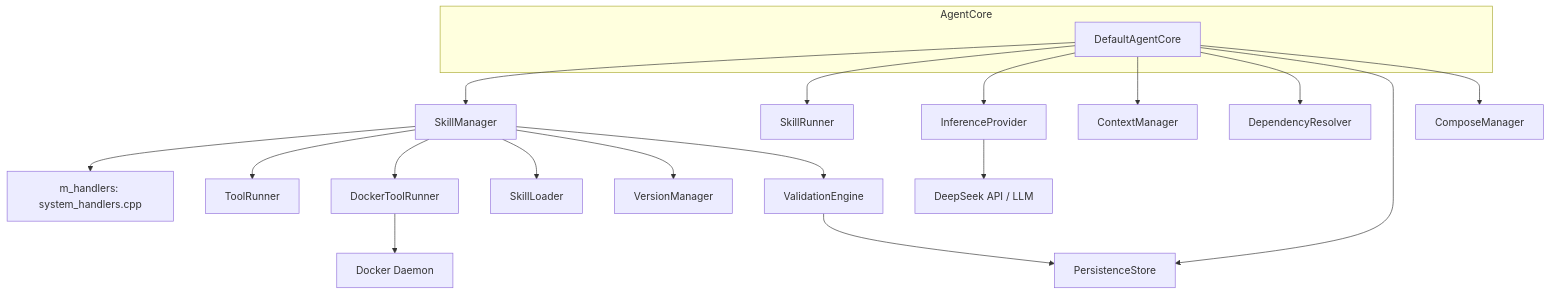
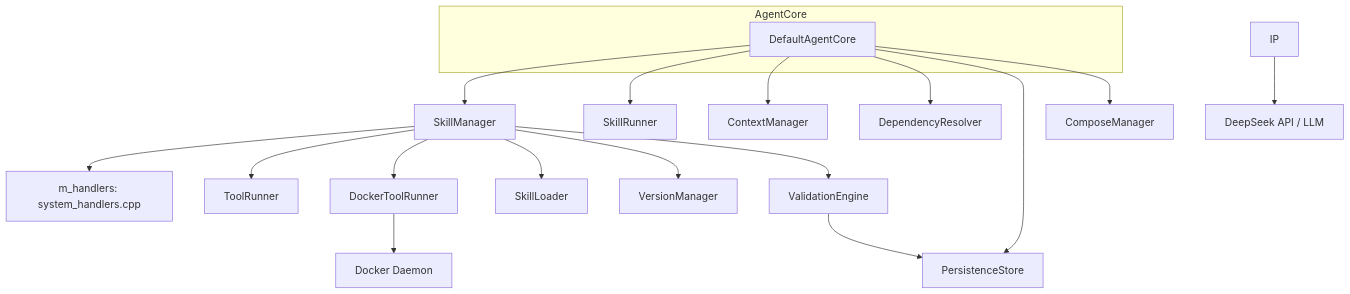
One commit to opensassi/a0 changed the first of 2 diagrams in src/agent_core.spec.md. Above: the diagram before and after it, drawn with Mermaid. The commit also changed other lines of this file and 50 other files, not shown here.

````diff
--- a/src/agent_core.spec.md
+++ b/src/agent_core.spec.md
@@ -90,25 +88,24 @@
 ```mermaid
 graph TB
     subgraph AgentCore
         AC[DefaultAgentCore]
     end
 
     AC --> SM[SkillManager]
     SM --> HANDLERS[m_handlers: system_handlers.cpp]
     SM --> TR[ToolRunner]
     SM --> DTR[DockerToolRunner]
     AC --> SR[SkillRunner]
-    AC --> IP[InferenceProvider]
     AC --> CM[ContextManager]
     AC --> DR[DependencyResolver]
 
     AC --> PS[PersistenceStore]
     AC --> CPM[ComposeManager]
 
     SM --> SL[SkillLoader]
     SM --> VM[VersionManager]
     SM --> VE[ValidationEngine]
     VE --> PS
     DTR --> DC[Docker Daemon]
     IP --> LLM[DeepSeek API / LLM]
 ```
````
